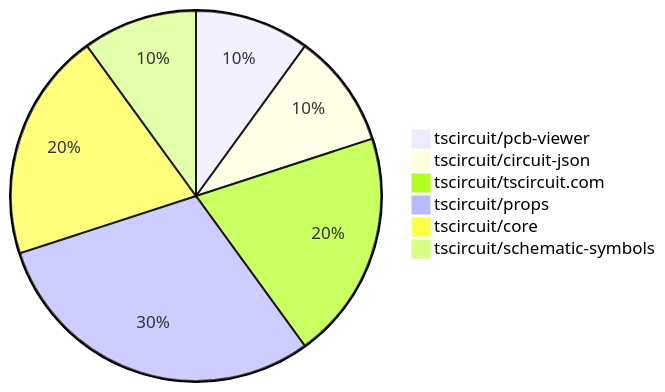
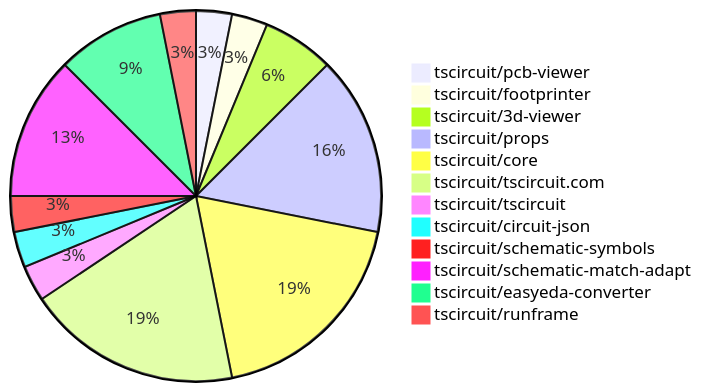
One commit to tscircuit/contribution-tracker changed the diagram in contribution-overviews/2025-05-28.md. Above: the diagram before and after it, drawn with Mermaid. The commit also changed other lines of this file and 3 other files, not shown here.

````diff
--- a/contribution-overviews/2025-05-28.md
+++ b/contribution-overviews/2025-05-28.md
@@ -5,9 +5,15 @@
 ```mermaid
 pie
     "tscircuit/pcb-viewer" : 1
+    "tscircuit/footprinter" : 1
+    "tscircuit/3d-viewer" : 2
+    "tscircuit/props" : 5
+    "tscircuit/core" : 6
+    "tscircuit/tscircuit.com" : 6
+    "tscircuit/tscircuit" : 1
     "tscircuit/circuit-json" : 1
-    "tscircuit/tscircuit.com" : 2
-    "tscircuit/props" : 3
-    "tscircuit/core" : 2
     "tscircuit/schematic-symbols" : 1
+    "tscircuit/schematic-match-adapt" : 4
+    "tscircuit/easyeda-converter" : 3
+    "tscircuit/runframe" : 1
 ```
````
